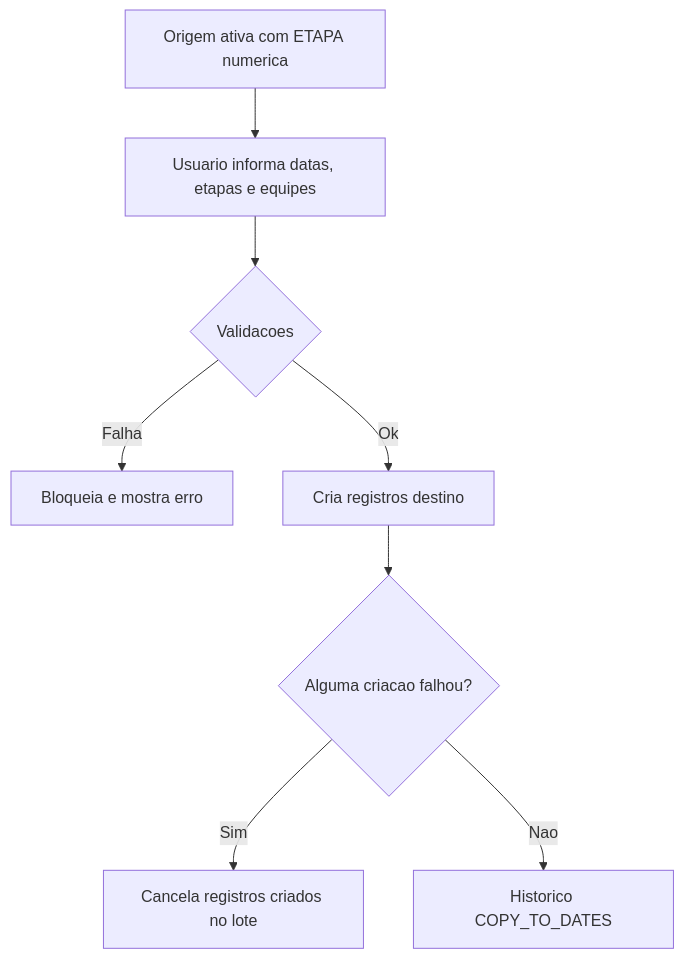
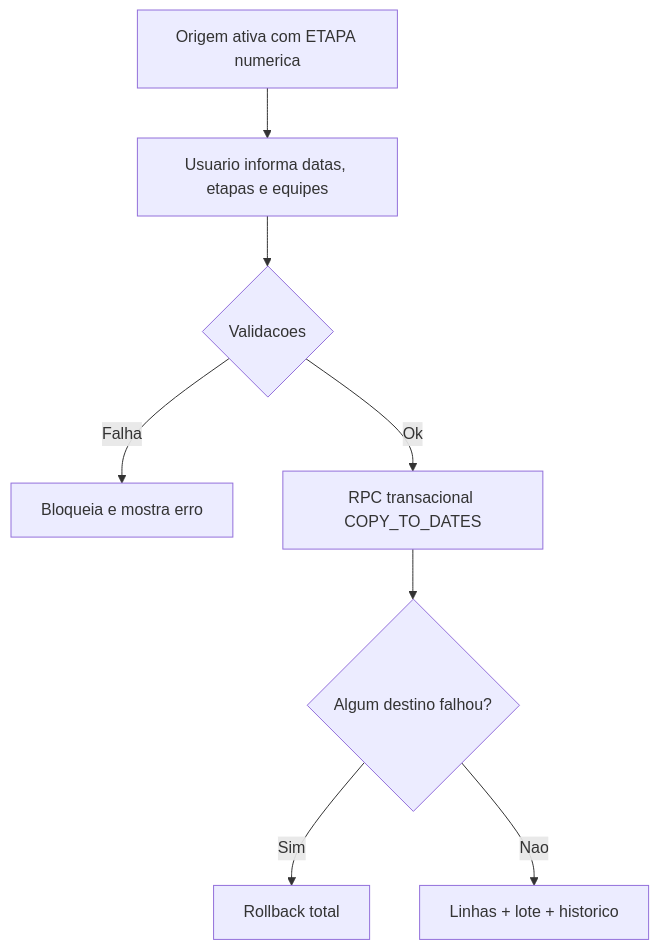
Before and after one commit to fabriciogama26/Indica-controle: the third of 3 diagrams in docs/Mapa_Regras_Programacao.md, drawn with Mermaid. The commit also changed other lines of this file and 7 other files, not shown here.

````diff
--- a/docs/Mapa_Regras_Programacao.md
+++ b/docs/Mapa_Regras_Programacao.md
@@ -438,10 +440,10 @@
 ```mermaid
 flowchart TD
   A[Origem ativa com ETAPA numerica] --> B[Usuario informa datas, etapas e equipes]
   B --> C{Validacoes}
   C -->|Falha| D[Bloqueia e mostra erro]
-  C -->|Ok| E[Cria registros destino]
-  E --> F{Alguma criacao falhou?}
-  F -->|Sim| G[Cancela registros criados no lote]
-  F -->|Nao| H[Historico COPY_TO_DATES]
+  C -->|Ok| E[RPC transacional COPY_TO_DATES]
+  E --> F{Algum destino falhou?}
+  F -->|Sim| G[Rollback total]
+  F -->|Nao| H[Linhas + lote + historico]
 ```
````
